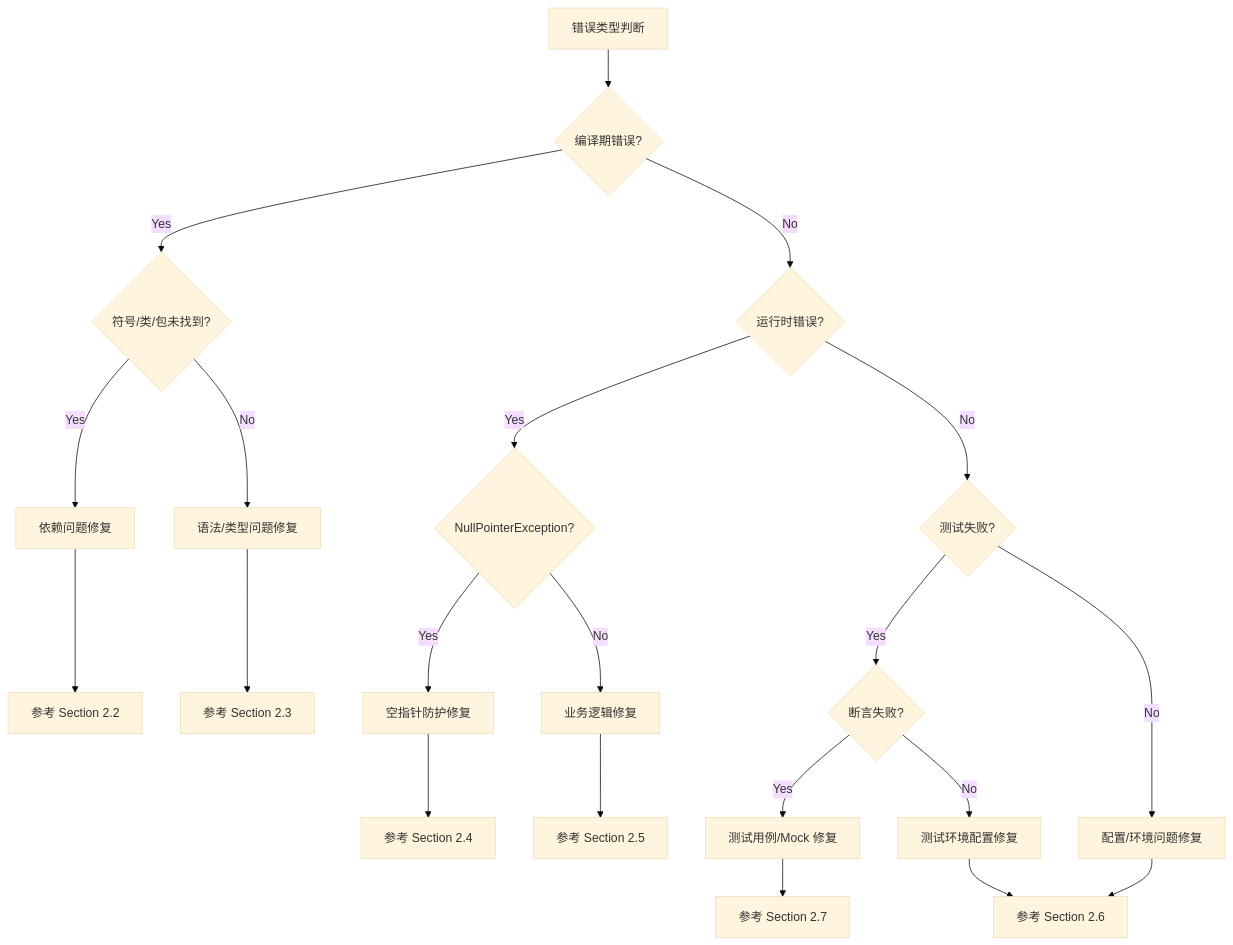
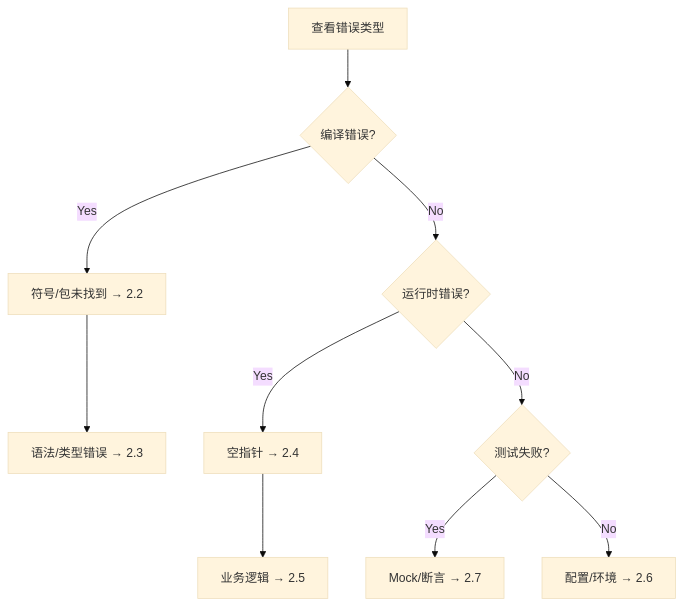
Before and after one commit to zj669/skill: the diagram in ddd-backend/modules/05_debugging_protocol.md, drawn with Mermaid (base theme). The commit also changed other lines of this file and 5 other files, not shown here.

````diff
--- a/ddd-backend/modules/05_debugging_protocol.md
+++ b/ddd-backend/modules/05_debugging_protocol.md
@@ -97,29 +67,12 @@
 ```mermaid
 graph TD
-    A[错误类型判断] --> B{编译期错误?}
-    B -->|Yes| C{符号/类/包未找到?}
+    A[查看错误类型] --> B{编译错误?}
+    B -->|Yes| C[符号/包未找到 → 2.2]
     B -->|No| D{运行时错误?}
-    
-    C -->|Yes| E[依赖问题修复]
-    C -->|No| F[语法/类型问题修复]
-    
-    D -->|Yes| G{NullPointerException?}
-    D -->|No| H{测试失败?}
-    
-    G -->|Yes| I[空指针防护修复]
-    G -->|No| J[业务逻辑修复]
-    
-    H -->|Yes| K{断言失败?}
-    H -->|No| L[配置/环境问题修复]
-    
-    K -->|Yes| M[测试用例/Mock 修复]
-    K -->|No| N[测试环境配置修复]
-    
-    E --> O[参考 Section 2.2]
-    F --> P[参考 Section 2.3]
-    I --> Q[参考 Section 2.4]
-    J --> R[参考 Section 2.5]
-    L --> S[参考 Section 2.6]
-    M --> T[参考 Section 2.7]
-    N --> S
+    C --> E[语法/类型错误 → 2.3]
+    D -->|Yes| F[空指针 → 2.4]
+    D -->|No| G{测试失败?}
+    F --> H[业务逻辑 → 2.5]
+    G -->|Yes| I[Mock/断言 → 2.7]
+    G -->|No| J[配置/环境 → 2.6]
 ```
````
